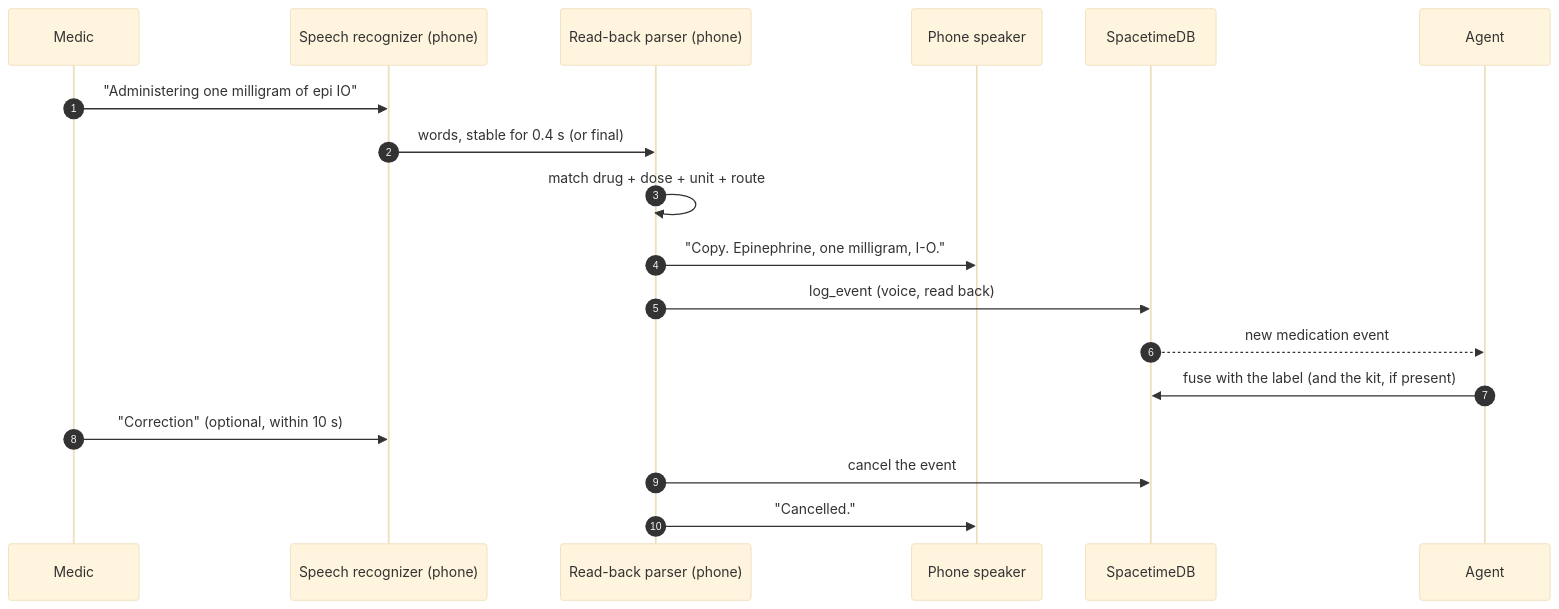
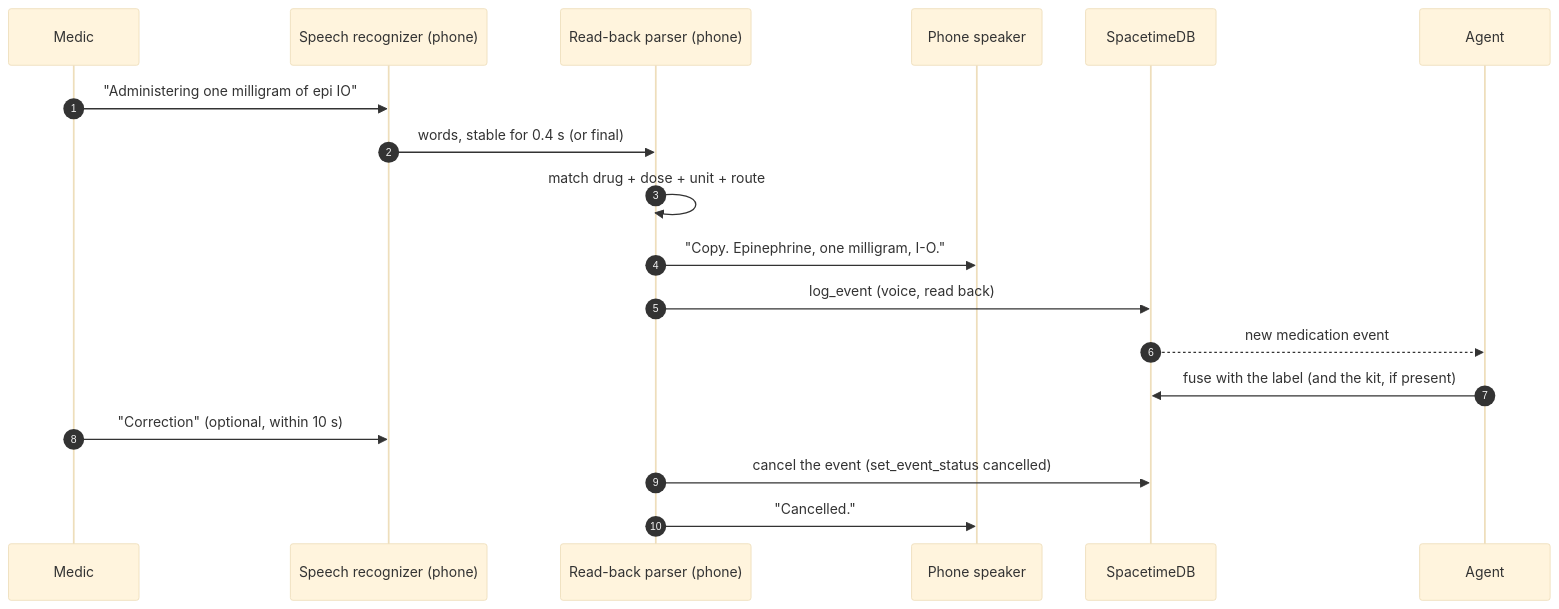
The fifth of 11 diagrams in docs/context/SPEC.md (rishi-golla/hackutd26), drawn with Mermaid (base theme) before and after one commit. The commit also changed other lines of this file and 14 other files, not shown here.

````diff
--- a/docs/context/SPEC.md
+++ b/docs/context/SPEC.md
@@ -895,20 +1128,20 @@
 ```mermaid
 sequenceDiagram
   autonumber
   participant M as Medic
   participant R as Speech recognizer (phone)
   participant P as Read-back parser (phone)
   participant T as Phone speaker
   participant S as SpacetimeDB
   participant A as Agent
   M->>R: "Administering one milligram of epi IO"
   R->>P: words, stable for 0.4 s (or final)
   P->>P: match drug + dose + unit + route
   P->>T: "Copy. Epinephrine, one milligram, I-O."
   P->>S: log_event (voice, read back)
   S-->>A: new medication event
   A->>S: fuse with the label (and the kit, if present)
   M->>R: "Correction" (optional, within 10 s)
-  P->>S: cancel the event
+  P->>S: cancel the event (set_event_status cancelled)
   P->>T: "Cancelled."
 ```
````
